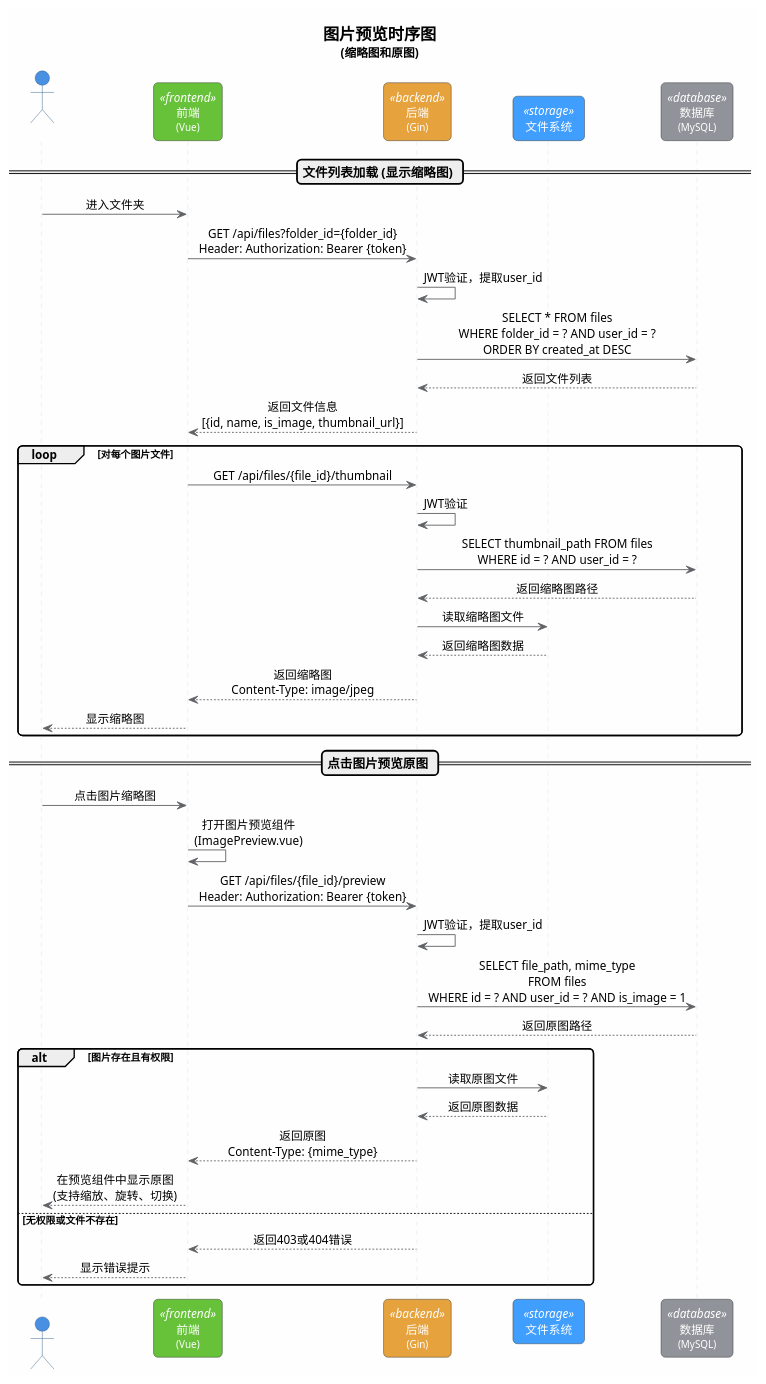
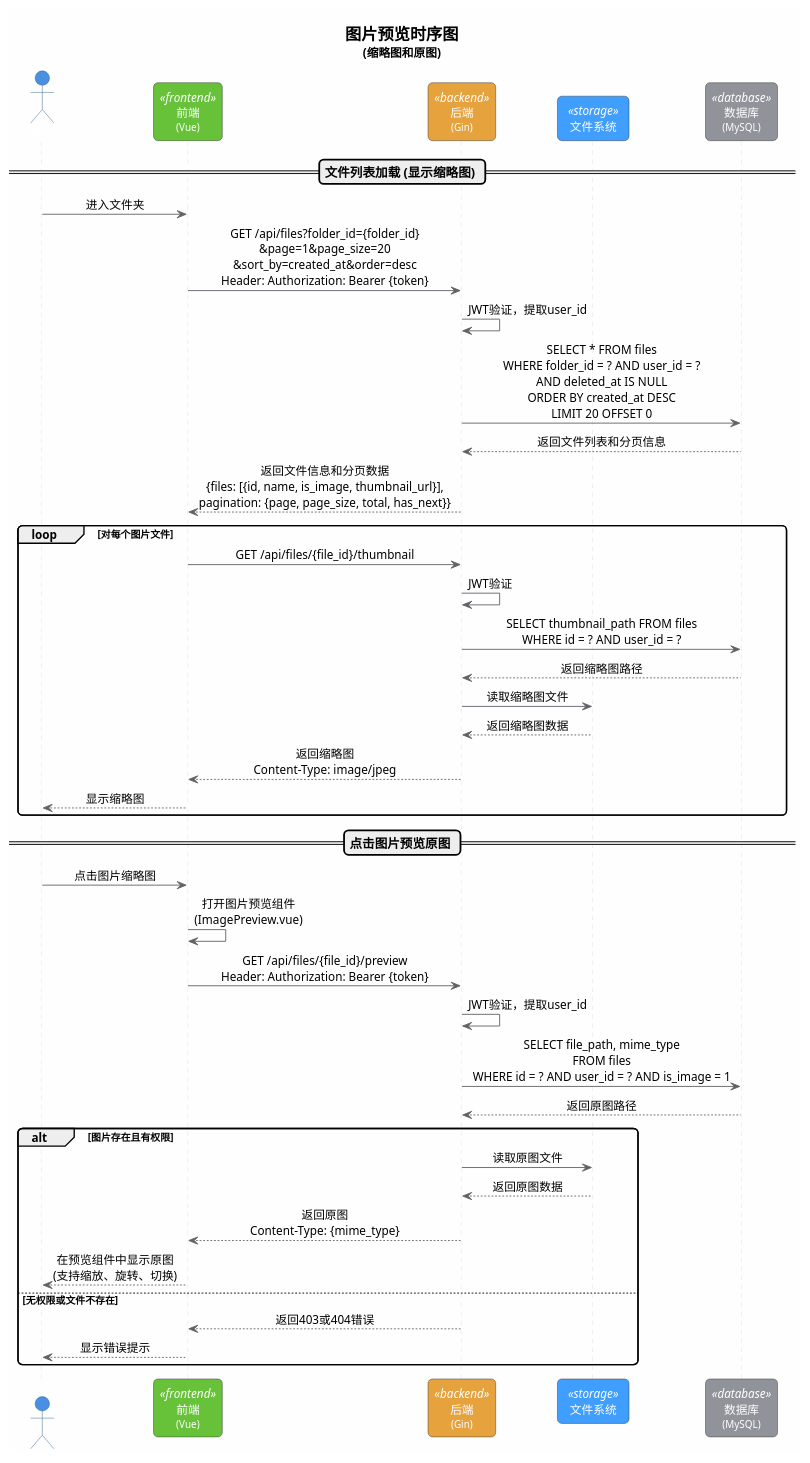
One commit to weiguangshuai/mCloud changed the fourth of 6 diagrams in doc/sequence-diagrams.puml. Above: the diagram before and after it, drawn with PlantUML. The commit also changed other lines of this file and 12844 other files, not shown here.

```diff
--- a/doc/sequence-diagrams.puml
+++ b/doc/sequence-diagrams.puml
@@ -369,87 +380,87 @@
 @startuml 图片预览流程
 
 '样式配置
 skinparam backgroundColor #FEFEFE
 skinparam sequenceMessageAlign center
 skinparam roundcorner 10
 skinparam shadowing false
 
 skinparam actor {
     BackgroundColor #4A90E2
     BorderColor #2E5C8A
     FontColor White
     FontSize 14
 }
 
 skinparam participant {
     BackgroundColor<<frontend>> #67C23A
     BackgroundColor<<backend>> #E6A23C
     BackgroundColor<<database>> #909399
     BackgroundColor<<storage>> #409EFF
     BorderColor #333333
     FontColor White
     FontSize 13
 }
 
 skinparam sequence {
     ArrowColor #606266
     LifeLineBorderColor #DCDFE6
     LifeLineBackgroundColor #F2F6FC
     BoxBackgroundColor #ECF5FF
     BoxBorderColor #409EFF
 }
 
 skinparam note {
     BackgroundColor #FFF9E6
     BorderColor #E6A23C
     FontSize 11
 }
 
 title <size:18><b>图片预览时序图</b></size>\n<size:13>(缩略图和原图)</size>
 
 actor 用户 as User
 participant "  前端  \n<size:11>(Vue)</size>" as Frontend <<frontend>>
 participant "  后端  \n<size:11>(Gin)</size>" as Backend <<backend>>
 participant "  文件系统  " as FileSystem <<storage>>
 participant "  数据库  \n<size:11>(MySQL)</size>" as DB <<database>>
 
 == <b><size:14>文件列表加载 (显示缩略图)</size></b> ==
 
 User -> Frontend: 进入文件夹
-Frontend -> Backend: GET /api/files?folder_id={folder_id}\nHeader: Authorization: Bearer {token}
+Frontend -> Backend: GET /api/files?folder_id={folder_id}\n&page=1&page_size=20\n&sort_by=created_at&order=desc\nHeader: Authorization: Bearer {token}
 Backend -> Backend: JWT验证，提取user_id
-Backend -> DB: SELECT * FROM files\nWHERE folder_id = ? AND user_id = ?\nORDER BY created_at DESC
-DB --> Backend: 返回文件列表
-Backend --> Frontend: 返回文件信息\n[{id, name, is_image, thumbnail_url}]
+Backend -> DB: SELECT * FROM files\nWHERE folder_id = ? AND user_id = ?\nAND deleted_at IS NULL\nORDER BY created_at DESC\nLIMIT 20 OFFSET 0
+DB --> Backend: 返回文件列表和分页信息
+Backend --> Frontend: 返回文件信息和分页数据\n{files: [{id, name, is_image, thumbnail_url}],\npagination: {page, page_size, total, has_next}}
 
 loop 对每个图片文件
     Frontend -> Backend: GET /api/files/{file_id}/thumbnail
     Backend -> Backend: JWT验证
     Backend -> DB: SELECT thumbnail_path FROM files\nWHERE id = ? AND user_id = ?
     DB --> Backend: 返回缩略图路径
     Backend -> FileSystem: 读取缩略图文件
     FileSystem --> Backend: 返回缩略图数据
     Backend --> Frontend: 返回缩略图\nContent-Type: image/jpeg
     Frontend --> User: 显示缩略图
 end
 
 == <b><size:14>点击图片预览原图</size></b> ==
 
 User -> Frontend: 点击图片缩略图
 Frontend -> Frontend: 打开图片预览组件\n(ImagePreview.vue)
 Frontend -> Backend: GET /api/files/{file_id}/preview\nHeader: Authorization: Bearer {token}
 Backend -> Backend: JWT验证，提取user_id
 Backend -> DB: SELECT file_path, mime_type\nFROM files\nWHERE id = ? AND user_id = ? AND is_image = 1
 DB --> Backend: 返回原图路径
 
 alt 图片存在且有权限
     Backend -> FileSystem: 读取原图文件
     FileSystem --> Backend: 返回原图数据
     Backend --> Frontend: 返回原图\nContent-Type: {mime_type}
     Frontend --> User: 在预览组件中显示原图\n(支持缩放、旋转、切换)
 else 无权限或文件不存在
     Backend --> Frontend: 返回403或404错误
     Frontend --> User: 显示错误提示
 end
 
 @enduml
```
